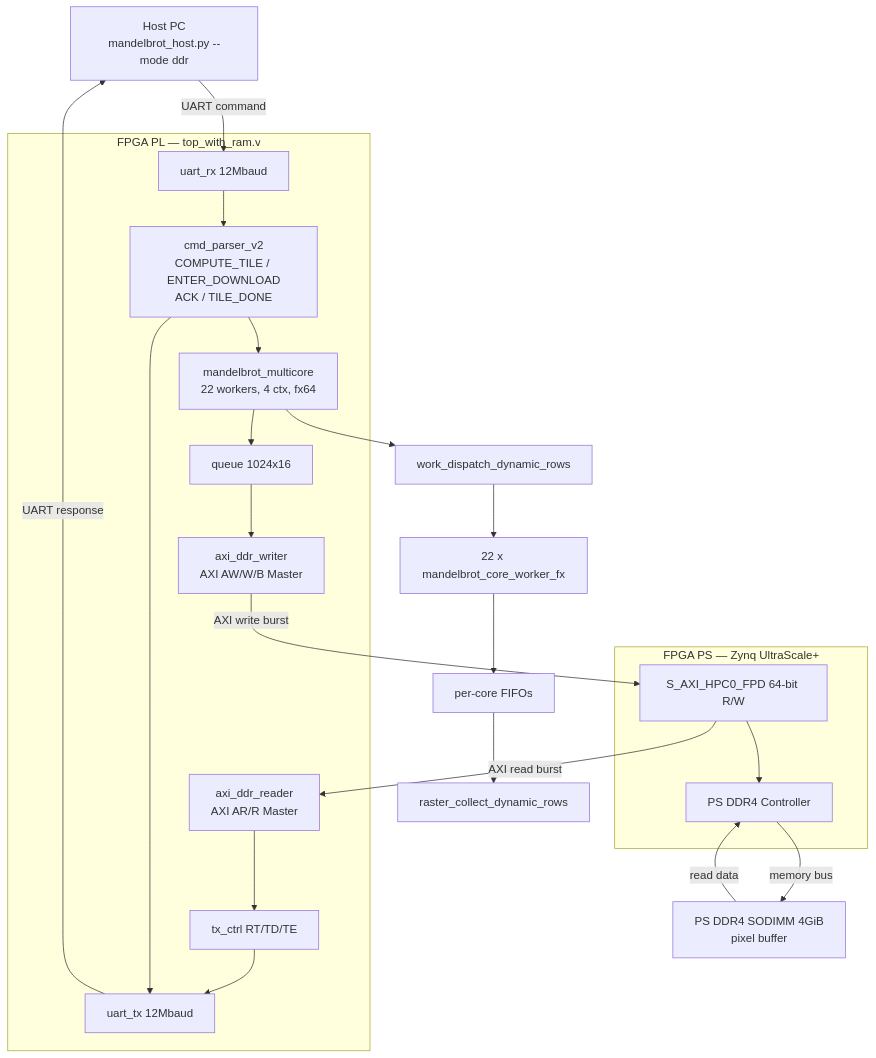
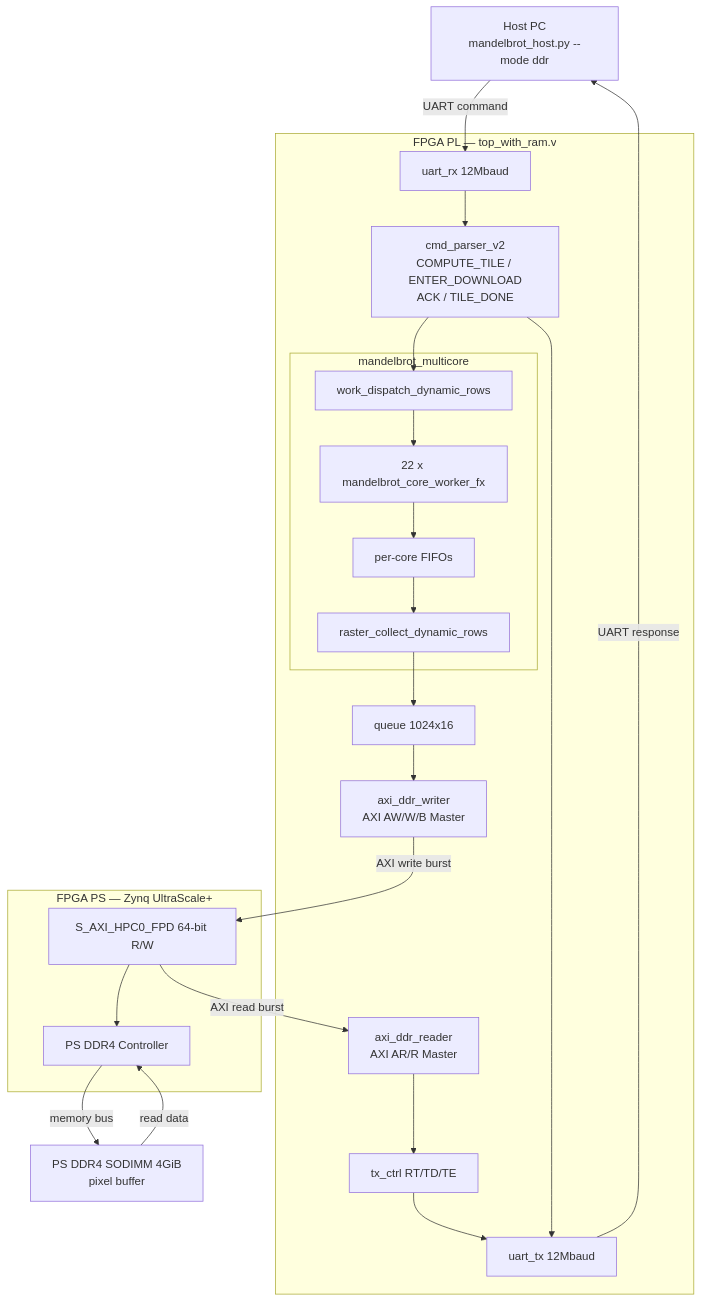
Before and after one commit to RESBI/FPGA-Mandelbrot-Demo: the second of 4 diagrams in README.md, drawn with Mermaid.

Commit message:
Nest multicore subgraph inside PL, connect CMD->DISP and MERGE->FIFO
- MC subgraph (DISP/WORKERS/CFIFO/MERGE) now nested inside PL subgraph
- CMD --> DISP: command enters multicore dispatcher
- MERGE --> FIFO: raster collector output feeds shared FIFO
- Removed standalone CORE node, replaced by MC subgraph

````diff
--- a/README.md
+++ b/README.md
@@ -171,43 +171,48 @@
 ```mermaid
 flowchart TB
     CLI["Host PC<br/>mandelbrot_host.py --mode ddr"]
 
     subgraph PL["FPGA PL — top_with_ram.v"]
         URX["uart_rx 12Mbaud"]
         CMD["cmd_parser_v2<br/>COMPUTE_TILE / ENTER_DOWNLOAD<br/>ACK / TILE_DONE"]
-        CORE["mandelbrot_multicore<br/>22 workers, 4 ctx, fx64"]
+
+        subgraph MC["mandelbrot_multicore"]
+            DISP["work_dispatch_dynamic_rows"]
+            WORKERS["22 x mandelbrot_core_worker_fx"]
+            CFIFO["per-core FIFOs"]
+            MERGE["raster_collect_dynamic_rows"]
+            DISP --> WORKERS
+            WORKERS --> CFIFO
+            CFIFO --> MERGE
+        end
+
         FIFO["queue 1024x16"]
         AXIW["axi_ddr_writer<br/>AXI AW/W/B Master"]
         AXIR["axi_ddr_reader<br/>AXI AR/R Master"]
         TXC["tx_ctrl RT/TD/TE"]
         UTX["uart_tx 12Mbaud"]
 
         URX --> CMD
-        CMD --> CORE
-        CORE --> FIFO
+        CMD --> DISP
+        MERGE --> FIFO
         FIFO --> AXIW
         AXIR --> TXC
         TXC --> UTX
         CMD --> UTX
     end
-
-    CORE --> DISP["work_dispatch_dynamic_rows"]
-    DISP --> WORKERS["22 x mandelbrot_core_worker_fx"]
-    WORKERS --> CFIFO["per-core FIFOs"]
-    CFIFO --> MERGE["raster_collect_dynamic_rows"]
 
     subgraph PS["FPGA PS — Zynq UltraScale+"]
         HPC0["S_AXI_HPC0_FPD 64-bit R/W"]
         DDRCTL["PS DDR4 Controller"]
         HPC0 --> DDRCTL
     end
 
     MEM["PS DDR4 SODIMM 4GiB<br/>pixel buffer"]
 
     CLI -->|UART command| URX
     UTX -->|UART response| CLI
     AXIW -->|AXI write burst| HPC0
     HPC0 -->|AXI read burst| AXIR
     DDRCTL -->|memory bus| MEM
     MEM -->|read data| DDRCTL
 ```
````
